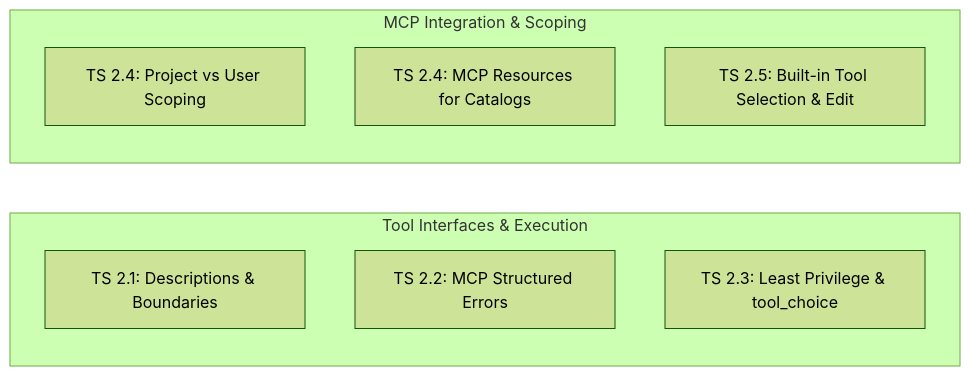
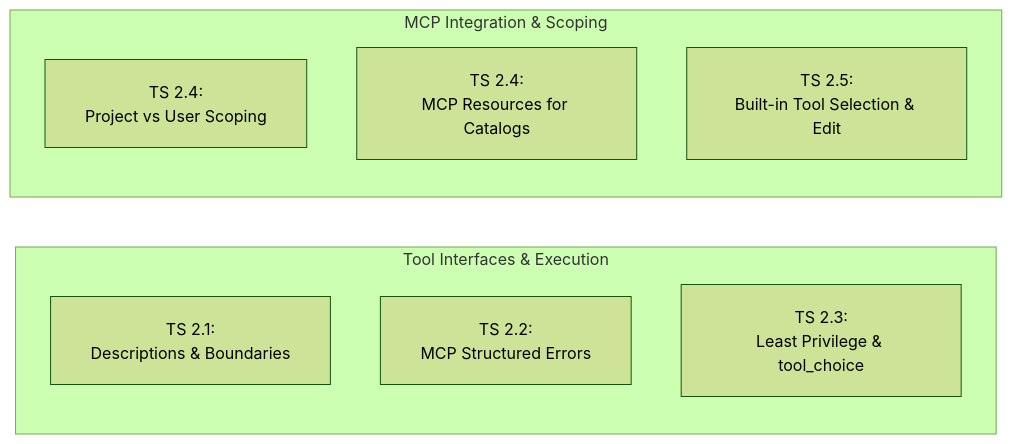
The first of 5 diagrams in domain2/KEY_CONCEPTS.md (dip4k/claude_cert_architect_foundation_prep), drawn with Mermaid (forest theme) before and after one commit. The commit also changed other lines of this file and 31 other files, not shown here.

First line of the commit message:
docs(diagrams): fix text trimming, padding, and layout in all mermaid diagrams

````diff
--- a/domain2/KEY_CONCEPTS.md
+++ b/domain2/KEY_CONCEPTS.md
@@ -8,16 +8,17 @@
 ```mermaid
+%%{init: {"flowchart": {"htmlLabels": true, "padding": 20}}}%%
 flowchart LR
     subgraph Tools["Tool Interfaces & Execution"]
         direction TB
-        T1["TS 2.1: Descriptions & Boundaries"]
-        T2["TS 2.2: MCP Structured Errors"]
-        T3["TS 2.3: Least Privilege & tool_choice"]
+        T1["TS 2.1:<br/>Descriptions & Boundaries"]
+        T2["TS 2.2:<br/>MCP Structured Errors"]
+        T3["TS 2.3:<br/>Least Privilege & tool_choice"]
     end
 
     subgraph MCP["MCP Integration & Scoping"]
         direction TB
-        M1["TS 2.4: Project vs User Scoping"]
-        M2["TS 2.4: MCP Resources for Catalogs"]
-        M3["TS 2.5: Built-in Tool Selection & Edit"]
+        M1["TS 2.4:<br/>Project vs User Scoping"]
+        M2["TS 2.4:<br/>MCP Resources for Catalogs"]
+        M3["TS 2.5:<br/>Built-in Tool Selection & Edit"]
     end
 ```
````
